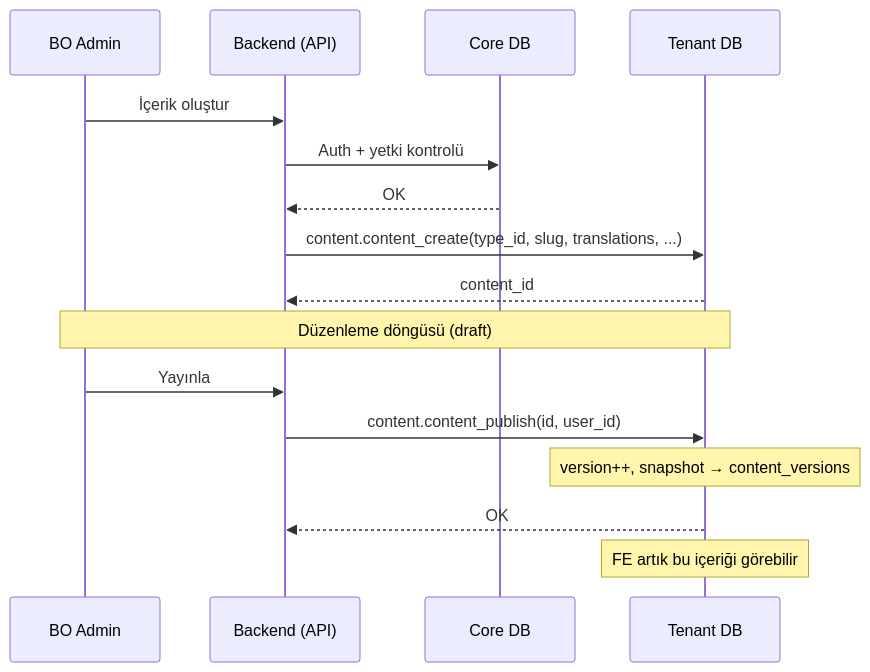
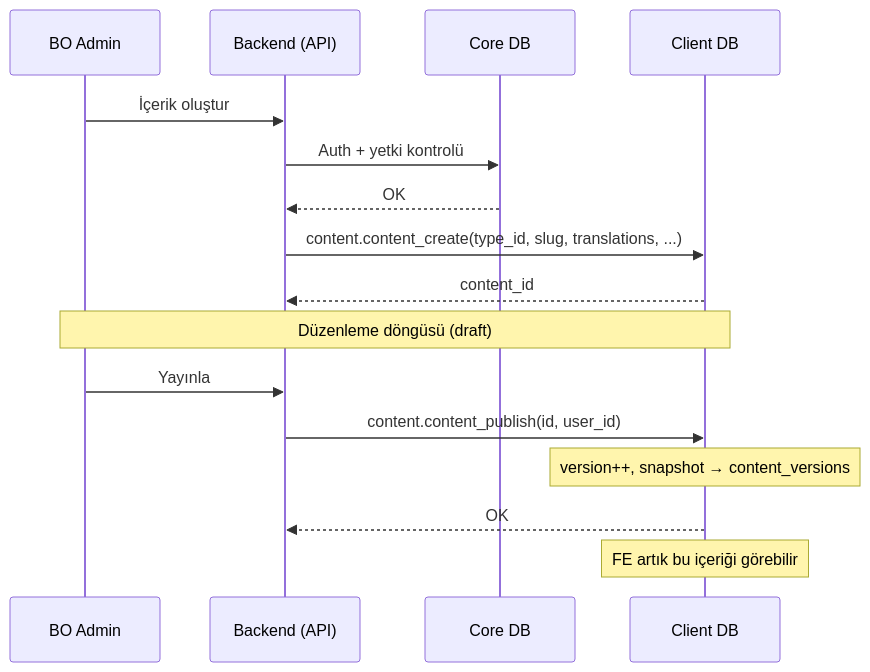
The second of 4 diagrams in .docs/guides/SITE_MANAGEMENT_GUIDE.md (frhtshn/One.DB), drawn with Mermaid before and after one commit. The commit also changed other lines of this file and 442 other files, not shown here.

First line of the commit message:
Nucleo → Sortis One ve tenant → client içerik güncellemeleri

````diff
--- a/.docs/guides/SITE_MANAGEMENT_GUIDE.md
+++ b/.docs/guides/SITE_MANAGEMENT_GUIDE.md
@@ -85,22 +85,22 @@
 ```mermaid
 sequenceDiagram
     participant BO as BO Admin
     participant BE as Backend (API)
     participant CORE as Core DB
-    participant TENANT as Tenant DB
+    participant CLIENT as Client DB
 
     BO->>BE: İçerik oluştur
     BE->>CORE: Auth + yetki kontrolü
     CORE-->>BE: OK
-    BE->>TENANT: content.content_create(type_id, slug, translations, ...)
-    TENANT-->>BE: content_id
+    BE->>CLIENT: content.content_create(type_id, slug, translations, ...)
+    CLIENT-->>BE: content_id
 
-    Note over BO,TENANT: Düzenleme döngüsü (draft)
+    Note over BO,CLIENT: Düzenleme döngüsü (draft)
 
     BO->>BE: Yayınla
-    BE->>TENANT: content.content_publish(id, user_id)
-    Note over TENANT: version++, snapshot → content_versions
-    TENANT-->>BE: OK
+    BE->>CLIENT: content.content_publish(id, user_id)
+    Note over CLIENT: version++, snapshot → content_versions
+    CLIENT-->>BE: OK
 
-    Note over TENANT: FE artık bu içeriği görebilir
+    Note over CLIENT: FE artık bu içeriği görebilir
 ```
````
